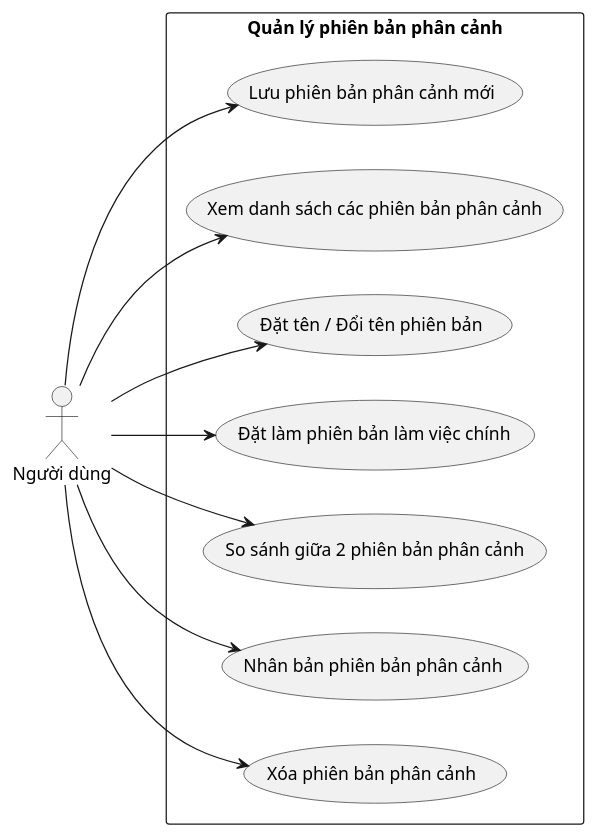
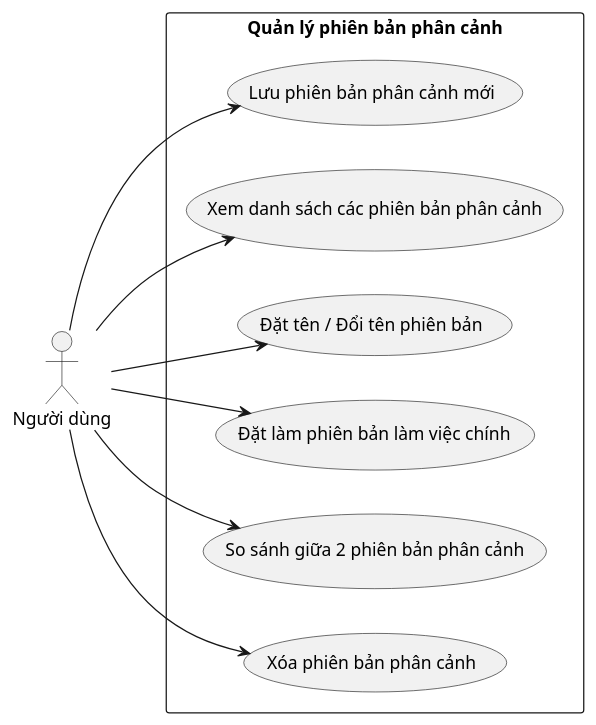
One commit to 202416852-anhpv/story2video-docs changed the diagram in docs/bieu-do-uc/bieu-do-uc-chi-tiet/make/tao-va-chinh-sua-phan-canh/quan-ly-phien-ban-phan-canh.puml. Above: the diagram before and after it, drawn with PlantUML. The commit also changed 2 other files, not shown here.

```diff
--- a/docs/bieu-do-uc/bieu-do-uc-chi-tiet/make/tao-va-chinh-sua-phan-canh/quan-ly-phien-ban-phan-canh.puml
+++ b/docs/bieu-do-uc/bieu-do-uc-chi-tiet/make/tao-va-chinh-sua-phan-canh/quan-ly-phien-ban-phan-canh.puml
@@ -1,25 +1,23 @@
 @startuml quan-ly-phien-ban-phan-canh
 left to right direction
 
 actor "Người dùng" as User
 
 rectangle "Quản lý phiên bản phân cảnh" {
     usecase "Lưu phiên bản phân cảnh mới" as UC_01
     usecase "Xem danh sách các phiên bản phân cảnh" as UC_02
     usecase "Đặt tên / Đổi tên phiên bản" as UC_03
     usecase "Đặt làm phiên bản làm việc chính" as UC_04
     usecase "So sánh giữa 2 phiên bản phân cảnh" as UC_05
-    usecase "Nhân bản phiên bản phân cảnh" as UC_06
     usecase "Xóa phiên bản phân cảnh" as UC_07
 }
 
 User --> UC_01
 User --> UC_02
 
 User --> UC_03 
 User --> UC_04
 User --> UC_05 
-User --> UC_06 
 User --> UC_07 
 
 @enduml
```
